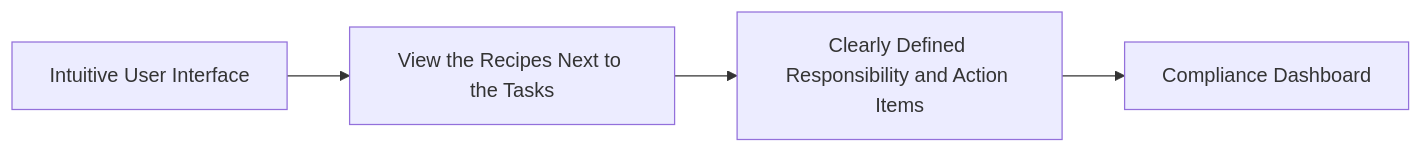
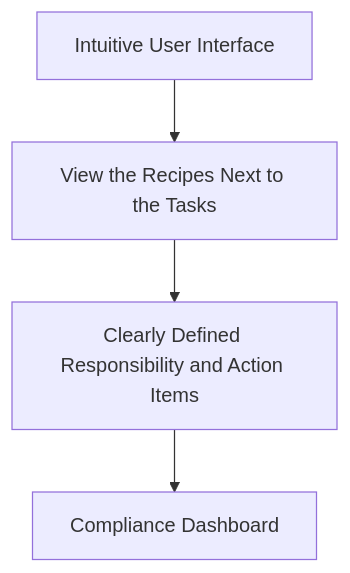
Before and after one commit to OpenATO/Roadmap: the diagram in products/SM/README.md, drawn with Mermaid. The commit also changed 4 other files, not shown here.

````diff
--- a/products/SM/README.md
+++ b/products/SM/README.md
@@ -35,6 +35,6 @@
 ```mermaid
-graph LR
+graph TD
 A[Intuitive User Interface] --> B[View the Recipes Next to the Tasks]
 B --> C[Clearly Defined Responsibility and Action Items]
 C --> D[Compliance Dashboard]
 ```
````
